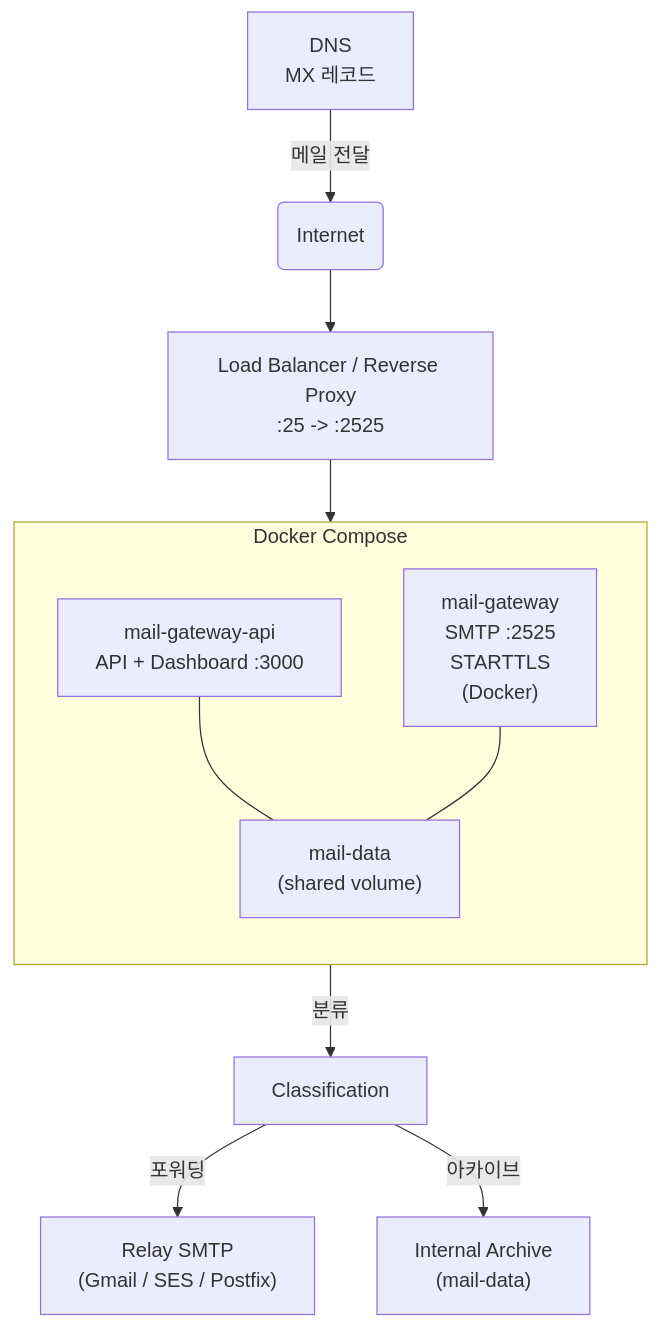
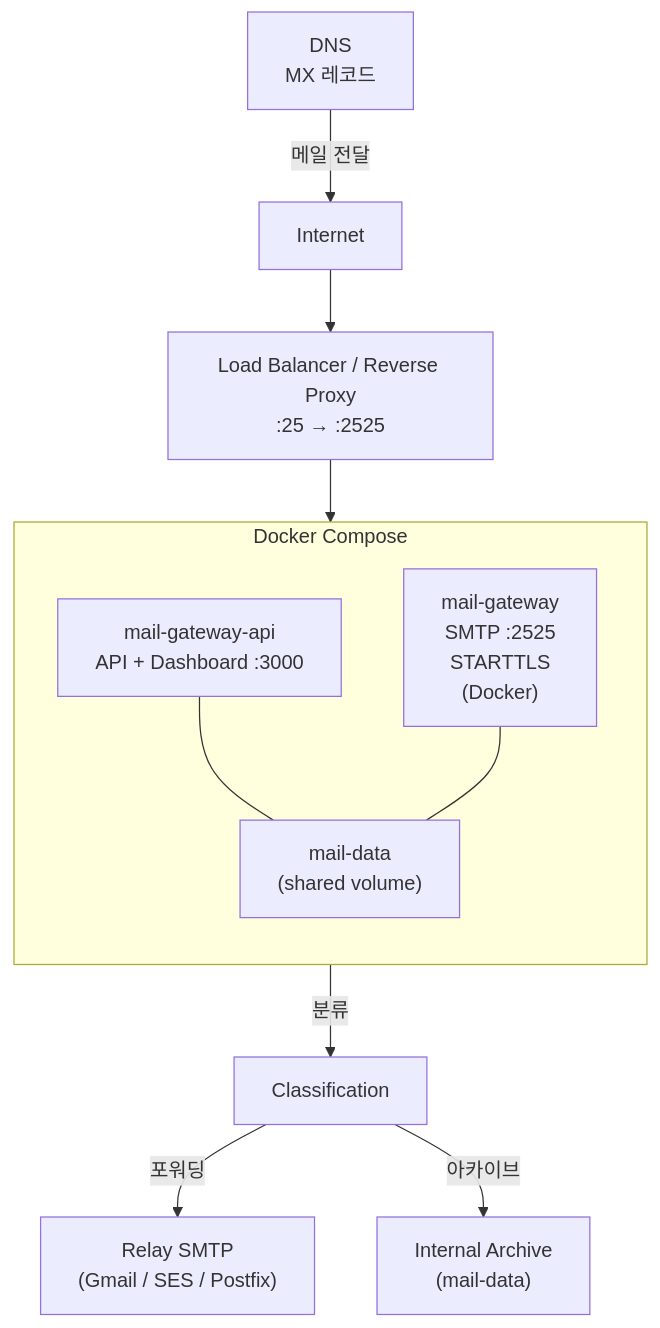
One commit to Will-gabia/mailgate changed the first of 2 diagrams in docs/use-cases/06-production-mx.md. Above: the diagram before and after it, drawn with Mermaid. The commit also changed other lines of this file and 7 other files, not shown here.

````diff
--- a/docs/use-cases/06-production-mx.md
+++ b/docs/use-cases/06-production-mx.md
@@ -11,17 +11,17 @@
 ```mermaid
 graph TB
-  DNS["DNS\nMX 레코드"] -->|메일 전달| Internet(Internet)
-  Internet --> LB["Load Balancer / Reverse Proxy\n:25 -> :2525"]
-  subgraph DockerCompose [Docker Compose]
+  DNS["DNS<br/>MX 레코드"] -->|메일 전달| Internet["Internet"]
+  Internet --> LB["Load Balancer / Reverse Proxy<br/>:25 → :2525"]
+  subgraph DockerCompose ["Docker Compose"]
     direction TB
-    MG["mail-gateway\nSMTP :2525\nSTARTTLS\n(Docker)"]
-    API["mail-gateway-api\nAPI + Dashboard :3000"]
-    VOL["mail-data\n(shared volume)"]
+    MG["mail-gateway<br/>SMTP :2525<br/>STARTTLS<br/>(Docker)"]
+    API["mail-gateway-api<br/>API + Dashboard :3000"]
+    VOL["mail-data<br/>(shared volume)"]
   end
   LB --> MG
-  MG -->|분류| Class[Classification]
-  Class -->|포워딩| Relay["Relay SMTP\n(Gmail / SES / Postfix)"]
-  Class -->|아카이브| Archive["Internal Archive\n(mail-data)"]
+  MG -->|분류| Class["Classification"]
+  Class -->|포워딩| Relay["Relay SMTP<br/>(Gmail / SES / Postfix)"]
+  Class -->|아카이브| Archive["Internal Archive<br/>(mail-data)"]
   API --- VOL
   MG --- VOL
 ```
````
